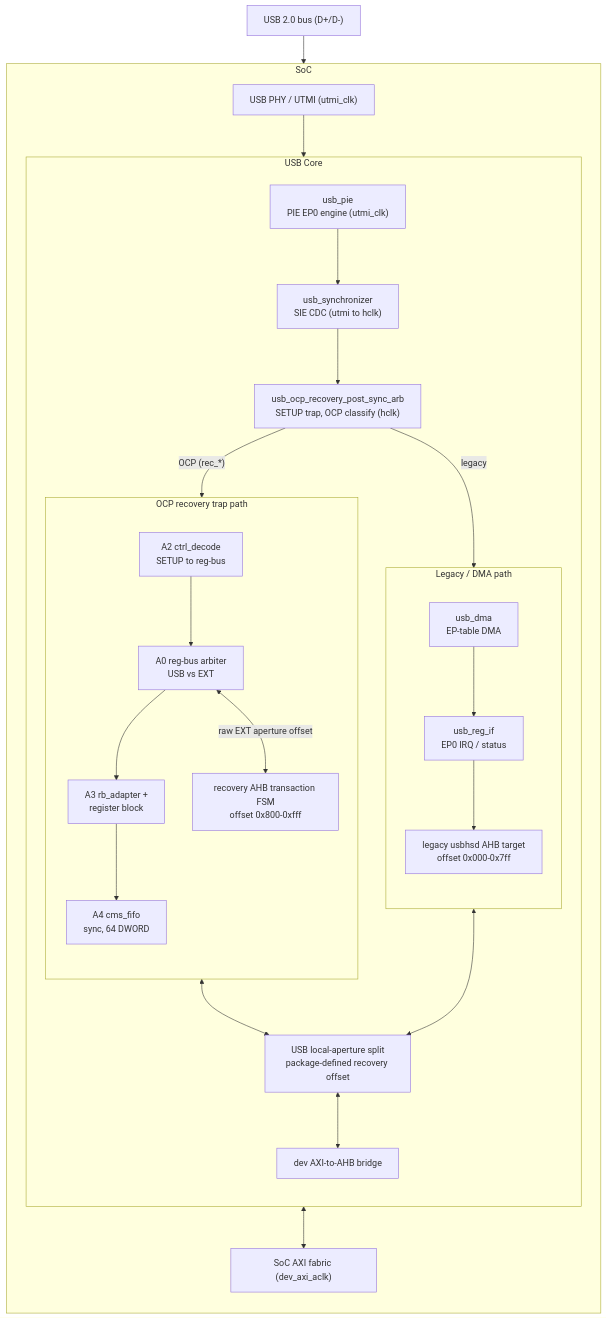
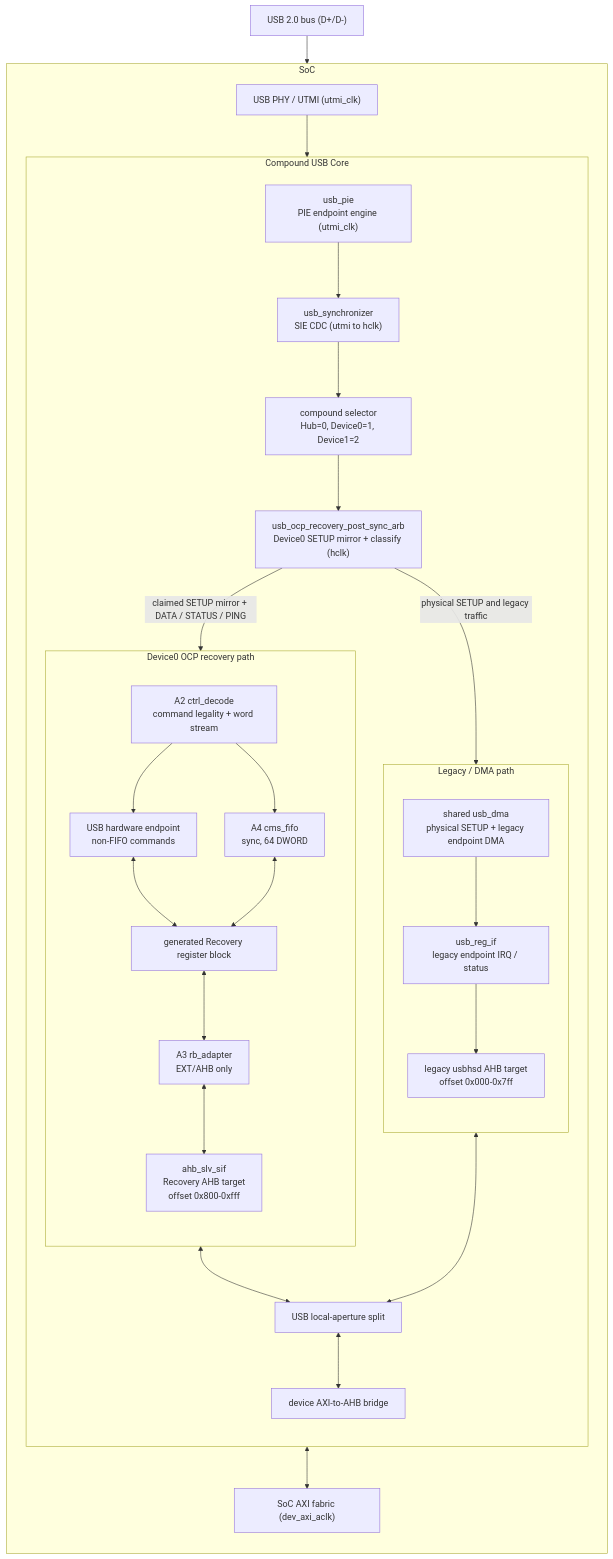
Before and after one commit to chipsalliance/caliptra-ss: the second of 3 diagrams in docs/usb2_recovery_spec/README.md, drawn with Mermaid. The commit also changed other lines of this file, not shown here.

Commit message:
usb2 recovery spec updates with hub integration and SETUP-MIRROR uArch

````diff
--- a/docs/usb2_recovery_spec/README.md
+++ b/docs/usb2_recovery_spec/README.md
@@ -97,51 +115,57 @@
 ```mermaid
 flowchart TB
     bus["USB 2.0 bus (D+/D-)"]
 
     subgraph soc["SoC"]
         direction TB
         phy["USB PHY / UTMI (utmi_clk)"]
 
-        subgraph core["USB Core"]
+        subgraph core["Compound USB Core"]
             direction TB
-            pie["usb_pie<br/>PIE EP0 engine (utmi_clk)"]
+            pie["usb_pie<br/>PIE endpoint engine (utmi_clk)"]
             sync["usb_synchronizer<br/>SIE CDC (utmi to hclk)"]
-            arb["usb_ocp_recovery_post_sync_arb<br/>SETUP trap, OCP classify (hclk)"]
+            select["compound selector<br/>Hub=0, Device0=1, Device1=2"]
+            arb["usb_ocp_recovery_post_sync_arb<br/>Device0 SETUP mirror + classify (hclk)"]
 
             subgraph legacy["Legacy / DMA path"]
                 direction TB
-                dma["usb_dma<br/>EP-table DMA"]
-                regif["usb_reg_if<br/>EP0 IRQ / status"]
+                dma["shared usb_dma<br/>physical SETUP + legacy endpoint DMA"]
+                regif["usb_reg_if<br/>legacy endpoint IRQ / status"]
                 legacy_ahb["legacy usbhsd AHB target<br/>offset 0x000-0x7ff"]
                 dma --> regif --> legacy_ahb
             end
 
-            subgraph recovery["OCP recovery trap path"]
+            subgraph recovery["Device0 OCP recovery path"]
                 direction TB
-                a2["A2 ctrl_decode<br/>SETUP to reg-bus"]
-                a0["A0 reg-bus arbiter<br/>USB vs EXT"]
-                a3["A3 rb_adapter +<br/>register block"]
+                a2["A2 ctrl_decode<br/>command legality + word stream"]
+                hw_ep["USB hardware endpoint<br/>non-FIFO commands"]
                 a4["A4 cms_fifo<br/>sync, 64 DWORD"]
-                rec_ahb["recovery AHB transaction FSM<br/>offset 0x800-0xfff"]
-                a2 --> a0 --> a3 --> a4
-                a0 <-->|"raw EXT aperture offset"| rec_ahb
+                regblock["generated Recovery register block"]
+                a3["A3 rb_adapter<br/>EXT/AHB only"]
+                rec_ahb["ahb_slv_sif<br/>Recovery AHB target<br/>offset 0x800-0xfff"]
+
+                a2 --> hw_ep
+                a2 --> a4
+                hw_ep <--> regblock
+                a4 <--> regblock
+                regblock <--> a3 <--> rec_ahb
             end
 
-            arb -->|legacy| dma
-            arb -->|"OCP (rec_*)"| a2
+            split["USB local-aperture split"]
+            ahb["device AXI-to-AHB bridge"]
 
-            split["USB local-aperture split<br/>package-defined recovery offset"]
-            ahb["dev AXI-to-AHB bridge"]
-
+            select --> arb
+            arb -->|"physical SETUP and legacy traffic"| dma
+            arb -->|"claimed SETUP mirror + DATA / STATUS / PING"| a2
             legacy_ahb <--> split
             rec_ahb <--> split
             split <--> ahb
         end
 
         fab["SoC AXI fabric (dev_axi_aclk)"]
         ahb <--> fab
     end
 
     bus --> phy --> pie
-    pie --> sync --> arb
+    pie --> sync --> select
 ```
````
